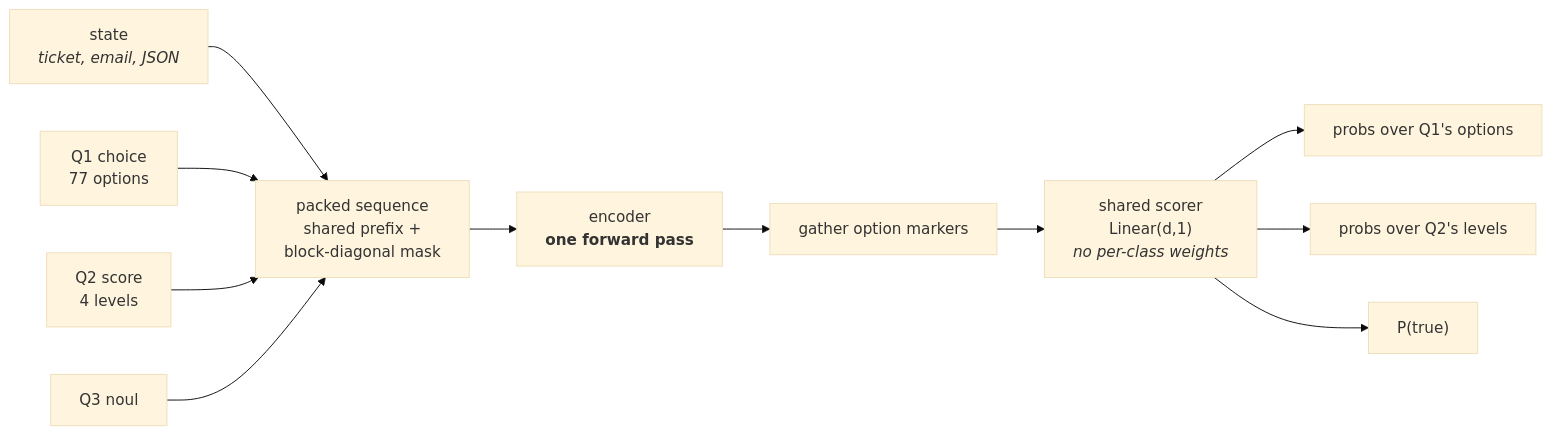
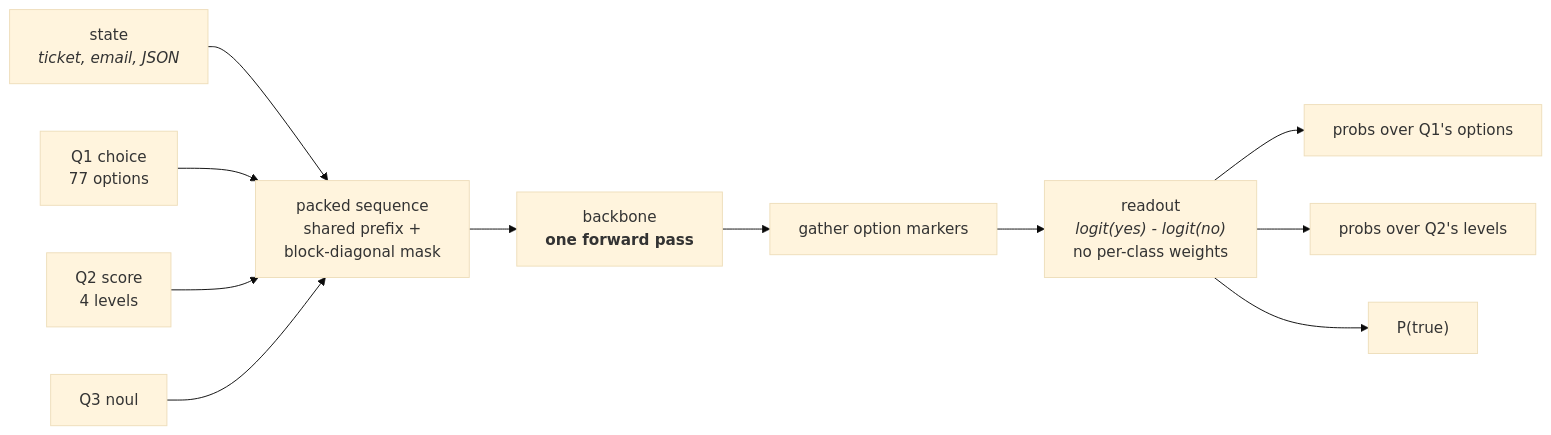
One commit to S1LV3RJ1NX/openjev changed the first of 4 diagrams in docs/architecture.md. Above: the diagram before and after it, drawn with Mermaid (base theme). The commit also changed other lines of this file and 33 other files, not shown here.

````diff
--- a/docs/architecture.md
+++ b/docs/architecture.md
@@ -10,13 +16,13 @@
 ```mermaid
 flowchart LR
     S["state<br/><i>ticket, email, JSON</i>"] --> P
     Q1["Q1 choice<br/>77 options"] --> P
     Q2["Q2 score<br/>4 levels"] --> P
     Q3["Q3 noul"] --> P
-    P["packed sequence<br/>shared prefix +<br/>block-diagonal mask"] --> E["encoder<br/><b>one forward pass</b>"]
+    P["packed sequence<br/>shared prefix +<br/>block-diagonal mask"] --> E["backbone<br/><b>one forward pass</b>"]
     E --> M["gather option markers"]
-    M --> H["shared scorer<br/>Linear(d,1)<br/><i>no per-class weights</i>"]
+    M --> H["readout<br/><i>logit(yes) - logit(no)</i><br/>no per-class weights"]
     H --> R1["probs over Q1's options"]
     H --> R2["probs over Q2's levels"]
     H --> R3["P(true)"]
 ```
````
